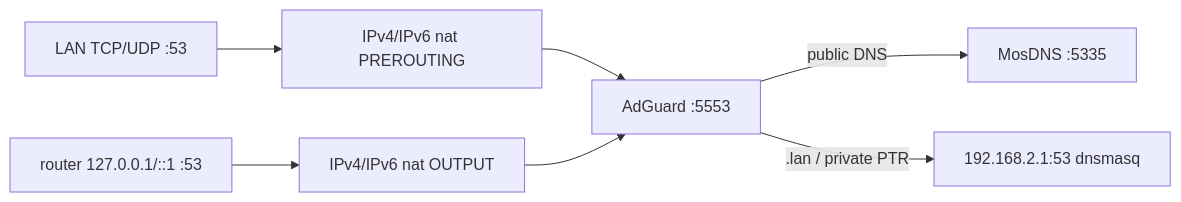
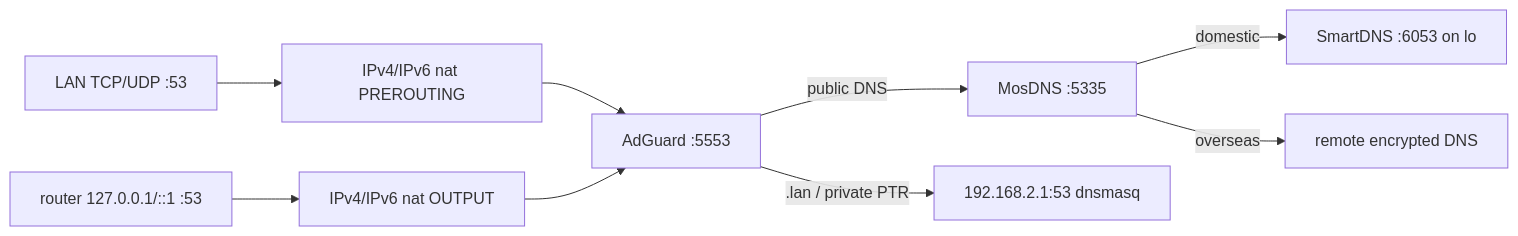
Before and after one commit to Suysker/Actions-OpenWrt: the third of 4 diagrams in docs/build-architecture.md, drawn with Mermaid. The commit also changed other lines of this file and 4 other files, not shown here.

Commit message:
fix: deduplicate SmartDNS loopback binds

````diff
--- a/docs/build-architecture.md
+++ b/docs/build-architecture.md
@@ -807,9 +807,11 @@
 ```mermaid
 flowchart LR
     LAN["LAN TCP/UDP :53"] --> PRE["IPv4/IPv6 nat PREROUTING"]
     ROUTER["router 127.0.0.1/::1 :53"] --> OUT["IPv4/IPv6 nat OUTPUT"]
     PRE --> AGH["AdGuard :5553"]
     OUT --> AGH
     AGH -->|"public DNS"| MOS["MosDNS :5335"]
     AGH -->|".lan / private PTR"| DNSMASQ["192.168.2.1:53 dnsmasq"]
+    MOS -->|"domestic"| SMART["SmartDNS :6053 on lo"]
+    MOS -->|"overseas"| REMOTE["remote encrypted DNS"]
 ```
````
